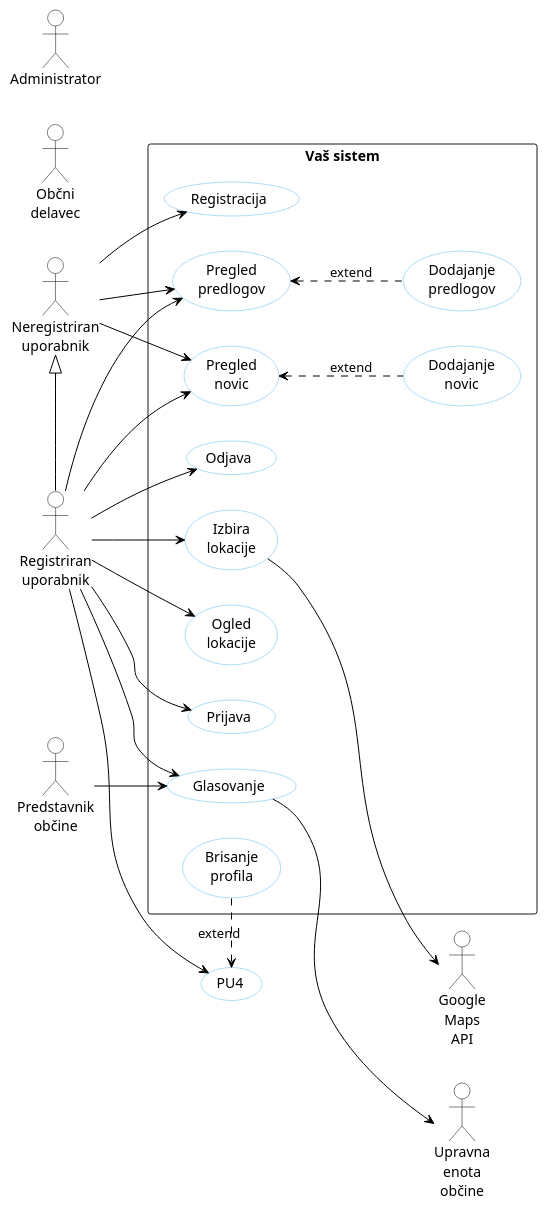
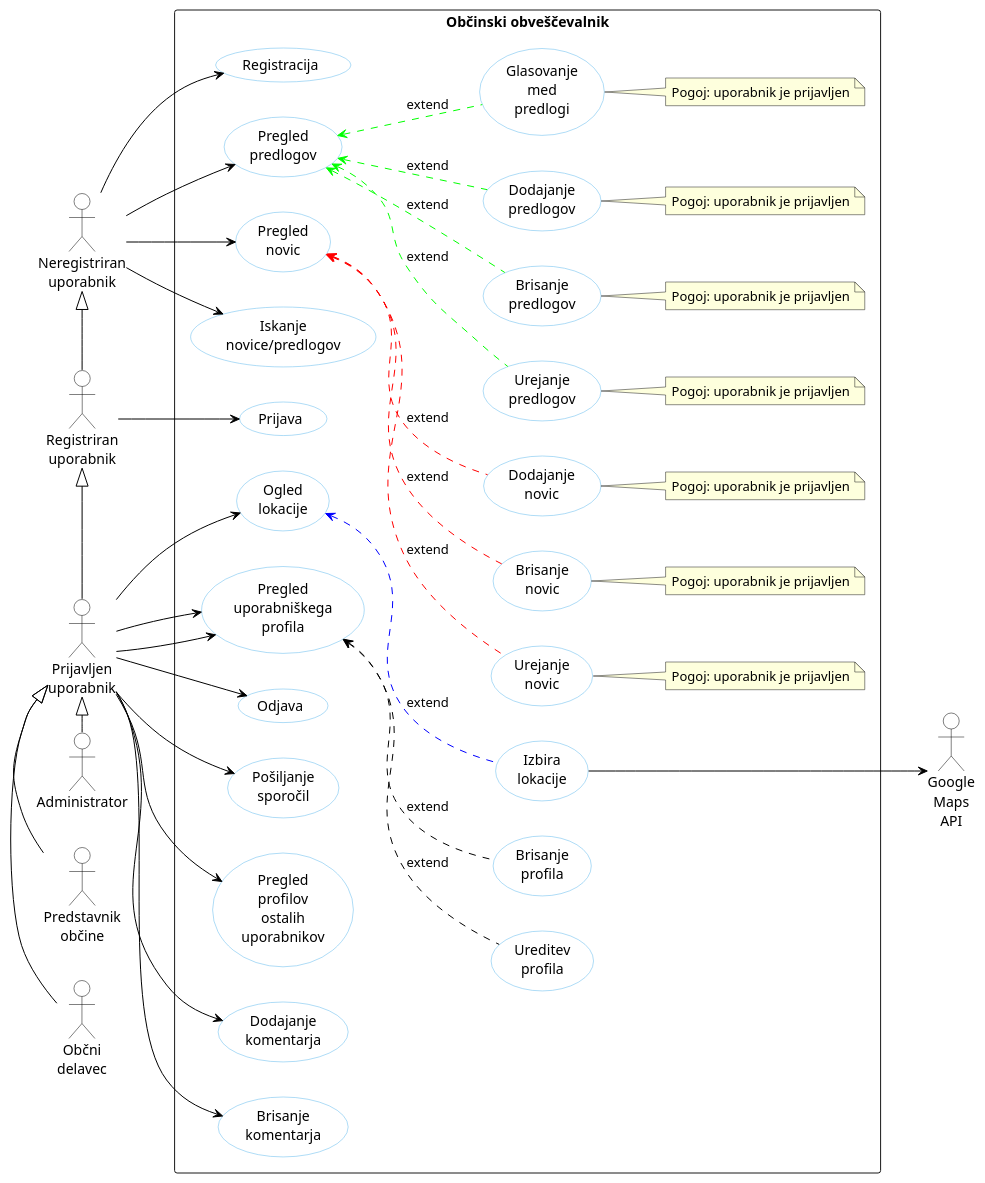
Before and after one commit to kupinah/test-tpo: the diagram in docs/gradivo/plantuml/DPU.puml, drawn with PlantUML. The commit also changed 1 other file, not shown here.

```diff
--- a/docs/gradivo/plantuml/DPU.puml
+++ b/docs/gradivo/plantuml/DPU.puml
@@ -1,62 +1,99 @@
 @startuml DPU
 
 skinparam backgroundcolor transparent
 skinparam defaultTextAlignment center
 skinparam usecase {
   backgroundColor white
   borderColor #5FB8EC
   arrowColor black
 }
 skinparam actorBorderColor black
 skinparam actorBackgroundColor white
 
 left to right direction
 
 actor "Neregistriran\nuporabnik" AS U1
 actor "Registriran\nuporabnik" AS U2
 actor "Občni\ndelavec" AS U3
 actor "Predstavnik\nobčine" AS U4
 actor "Administrator" AS U5
+actor "Prijavljen\nuporabnik" AS U6
 
 actor "Google\nMaps\nAPI" AS S1
-actor "Upravna\nenota\nobčine" AS S2
-' actor "Mail" AS S3
 
-rectangle "Vaš sistem" {
+rectangle "Občinski obveščevalnik" {
   usecase "Registracija" AS PU1
   usecase "Prijava" AS PU2
   usecase "Odjava" AS PU3
+  usecase "Pregled\nuporabniškega\nprofila" AS PU4
+  usecase "Ureditev\nprofila" AS PU5
   usecase "Brisanje\nprofila" AS PU6
   usecase "Dodajanje\nnovic" AS PU7
+  usecase "Urejanje\nnovic" AS PU8
+  usecase "Brisanje\nnovic" AS PU9
   usecase "Pregled\nnovic" AS PU10
   usecase "Dodajanje\npredlogov" AS PU11
+  usecase "Glasovanje\nmed\npredlogi" AS PU12
+  usecase "Urejanje\npredlogov" AS PU13
   usecase "Pregled\npredlogov" AS PU14
-  usecase "Glasovanje" AS PU12
-  usecase "Komentiranje" AS PU19
-  usecase "Izbira\nlokacije" AS PU19
-  usecase "Ogled\nlokacije" AS PU20
+  usecase "Brisanje\npredlogov" AS PU15
+  usecase "Pošiljanje\nsporočil" AS PU16
+  usecase "Iskanje\nnovice/predlogov" AS PU17
+  usecase "Pregled\nprofilov\nostalih\nuporabnikov" AS PU18
+  usecase "Dodajanje\nkomentarja" AS PU19
+  usecase "Brisanje\nkomentarja" AS PU20
+  usecase "Izbira\nlokacije" AS PU21
+  usecase "Ogled\nlokacije" AS PU22
 }
 
+rectangle "Občinski obveščevalnik" {
+  note right of PU11: Pogoj: uporabnik je prijavljen
+  note right of PU12: Pogoj: uporabnik je prijavljen
+  note right of PU13: Pogoj: uporabnik je prijavljen
+  note right of PU15: Pogoj: uporabnik je prijavljen
+  note right of PU7: Pogoj: uporabnik je prijavljen
+  note right of PU8: Pogoj: uporabnik je prijavljen
+  note right of PU9: Pogoj: uporabnik je prijavljen
+}
+
+(PU21) ---> S1
+' (PU22) --> S1
+
+U6 -left-|> U2
 U2 -left-|> U1
+U3 -left-|> U6
+U4 -left-|> U6
+U5 -left-|> U6
 
 U1 -> (PU1)
 U2 --> (PU2)
-U2 --> (PU3)
-U2 --> (PU4)
+U6 --> (PU3)
+' U6 --> (PU10)
+' U6 --> (PU14)
+U6 --> (PU4)
+U6 --> (PU16)
+U1 --> (PU17)
+' U6 --> (PU17)
+U6 --> (PU18)
+U6 --> (PU19)
+U6 --> (PU20)
+U6 --> (PU22)
+
+U6 --> (PU4)
 U1 --> (PU10)
-U2 --> (PU10)
-U2 --> (PU12)
-U4 --> (PU12)
 U1 --> (PU14)
-U2 --> (PU14)
-U2 --> (PU19)
-U2 --> (PU20)
 
+(PU5) .up.> (PU4) : extend
 (PU6) .up.> (PU4) : extend
-(PU7) .up.> (PU10) : extend
-(PU11) .up.> (PU14) : extend
+(PU7) .[#FF0000]up.> (PU10) : extend
+(PU8) .[#FF0000]up.> (PU10) : extend
+(PU9) .[#FF0000]up.> (PU10) : extend
+(PU11) .[#00FF00]up.> (PU14) : extend
+(PU12) .[#00FF00]up.> (PU14) : extend
+(PU13) .[#00FF00]up.> (PU14) : extend
+(PU15) .[#00FF00]up.> (PU14) : extend
+(PU21) .[#0000FF]up.> (PU22) : extend
 
-(PU19) -down-> S1
-(PU12) -down-> S2
+
 
 @enduml
```
